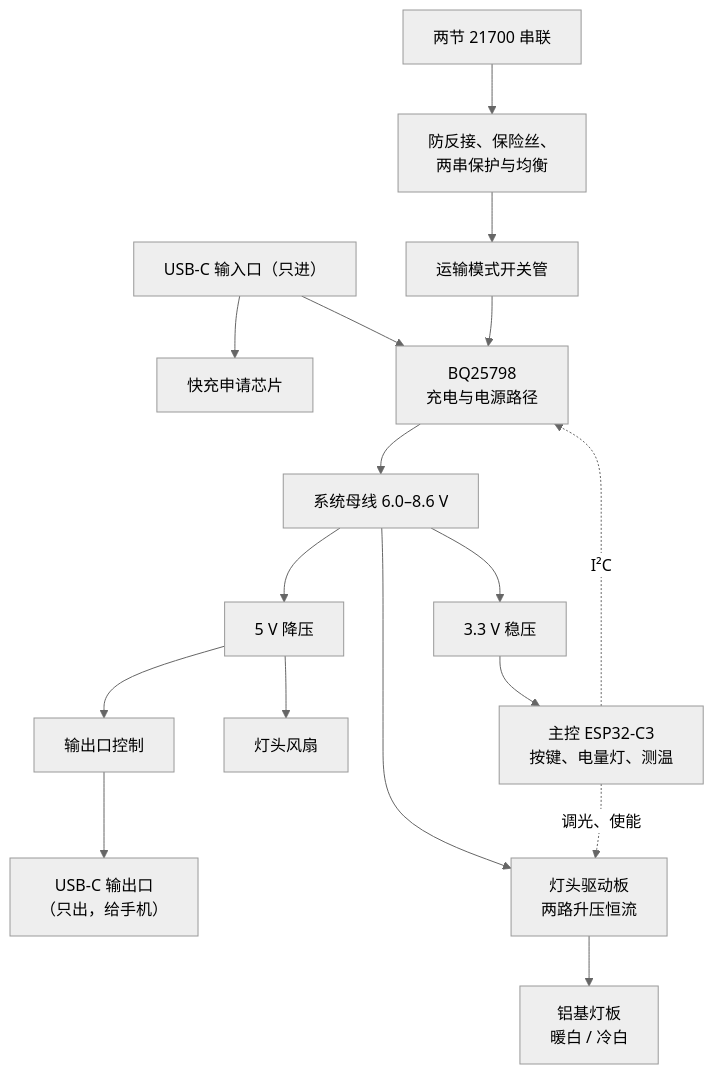
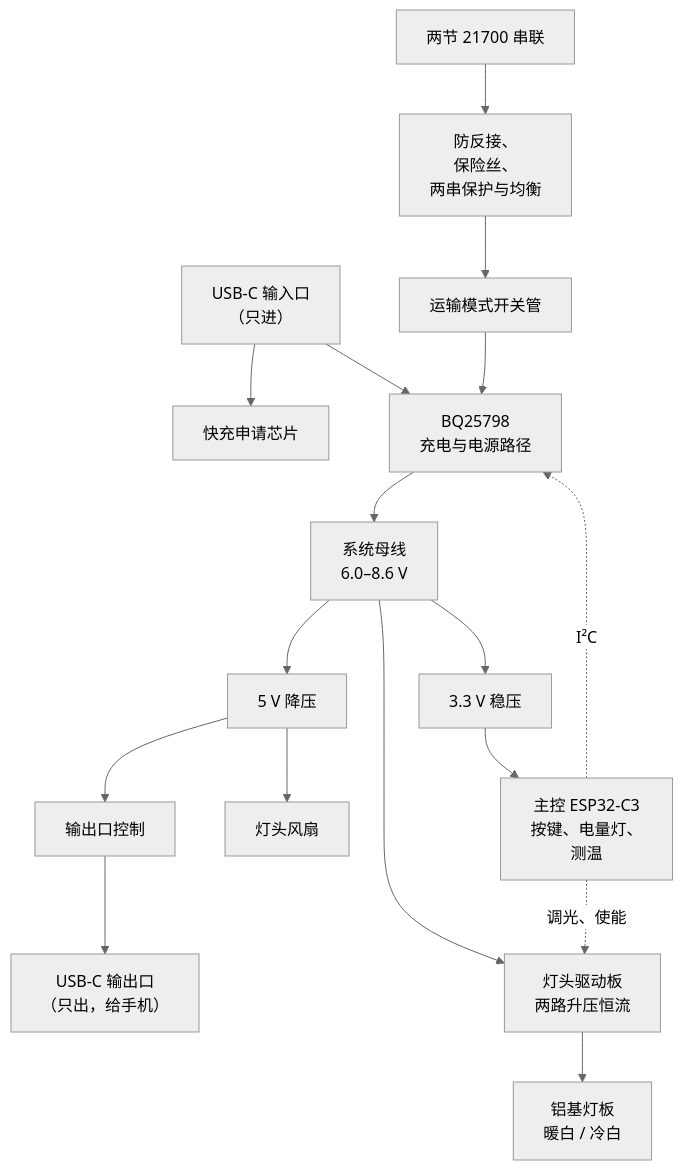
Before and after one commit to jodancain/fill-light-15pro: the diagram in docs/规格书.md, drawn with Mermaid (neutral theme). The commit also changed 2 other files, not shown here.

Commit message:
框图标签手动换行，避免 GitHub 上把词断开
GitHub 的 Mermaid 渲染换行比本机早，有几处标签被断在词中间，
例如“保险/丝”“6.0-/8.6 V”“风/扇”。
现在给五张框图里的长标签加了 <br/>，让断行落在词与词之间。
只加了换行，文字、节点和连线都没有改。

````diff
--- a/docs/规格书.md
+++ b/docs/规格书.md
@@ -91,14 +91,14 @@
 ```mermaid
 flowchart TB
-  IN["USB-C 输入口（只进）"] --> PD["快充申请芯片"]
+  IN["USB-C 输入口<br/>（只进）"] --> PD["快充申请芯片"]
   IN --> CHG["BQ25798<br/>充电与电源路径"]
-  PACK["两节 21700 串联"] --> PROT["防反接、保险丝、<br/>两串保护与均衡"]
+  PACK["两节 21700 串联"] --> PROT["防反接、<br/>保险丝、<br/>两串保护与均衡"]
   PROT --> SHIP["运输模式开关管"] --> CHG
-  CHG --> BUS["系统母线 6.0–8.6 V"]
+  CHG --> BUS["系统母线<br/>6.0–8.6 V"]
   BUS --> B5["5 V 降压"] --> OC["输出口控制"] --> OUT["USB-C 输出口<br/>（只出，给手机）"]
   B5 --> FAN["灯头风扇"]
-  BUS --> LDO["3.3 V 稳压"] --> MCU["主控 ESP32-C3<br/>按键、电量灯、测温"]
+  BUS --> LDO["3.3 V 稳压"] --> MCU["主控 ESP32-C3<br/>按键、电量灯、<br/>测温"]
   BUS --> DRV["灯头驱动板<br/>两路升压恒流"] --> LED["铝基灯板<br/>暖白 / 冷白"]
   MCU -.->|"I²C"| CHG
   MCU -.->|"调光、使能"| DRV
 ```
````
